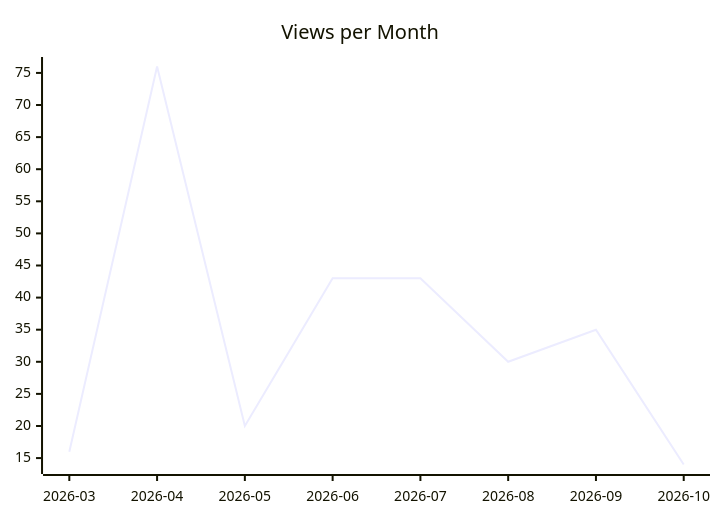
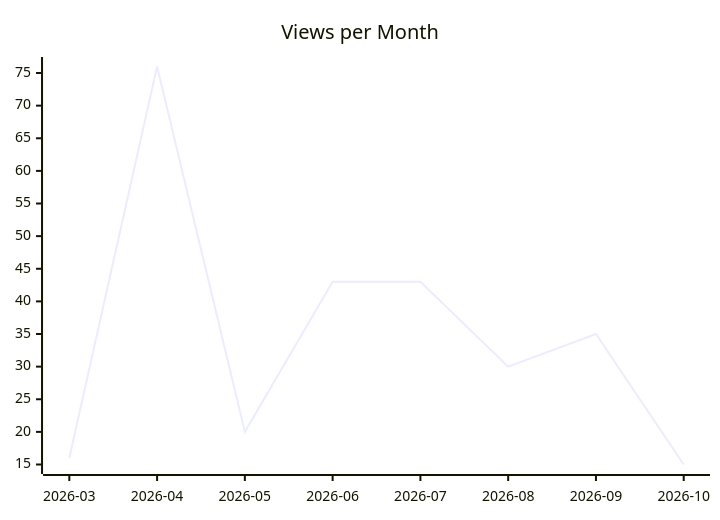
Before and after one commit to justdavis-family/github-analytics-data: the second of 3 diagrams in karlmdavis/ksoap2-android/README.md, drawn with Mermaid. The commit also changed other lines of this file and 199 other files, not shown here.

````diff
--- a/karlmdavis/ksoap2-android/README.md
+++ b/karlmdavis/ksoap2-android/README.md
@@ -12,6 +12,6 @@
 ```mermaid
 xychart-beta
   title "Views per Month"
   x-axis ["2026-03", "2026-04", "2026-05", "2026-06", "2026-07", "2026-08", "2026-09", "2026-10"]
-  line [16, 76, 20, 43, 43, 30, 35, 14]
+  line [16, 76, 20, 43, 43, 30, 35, 15]
 ```
````
